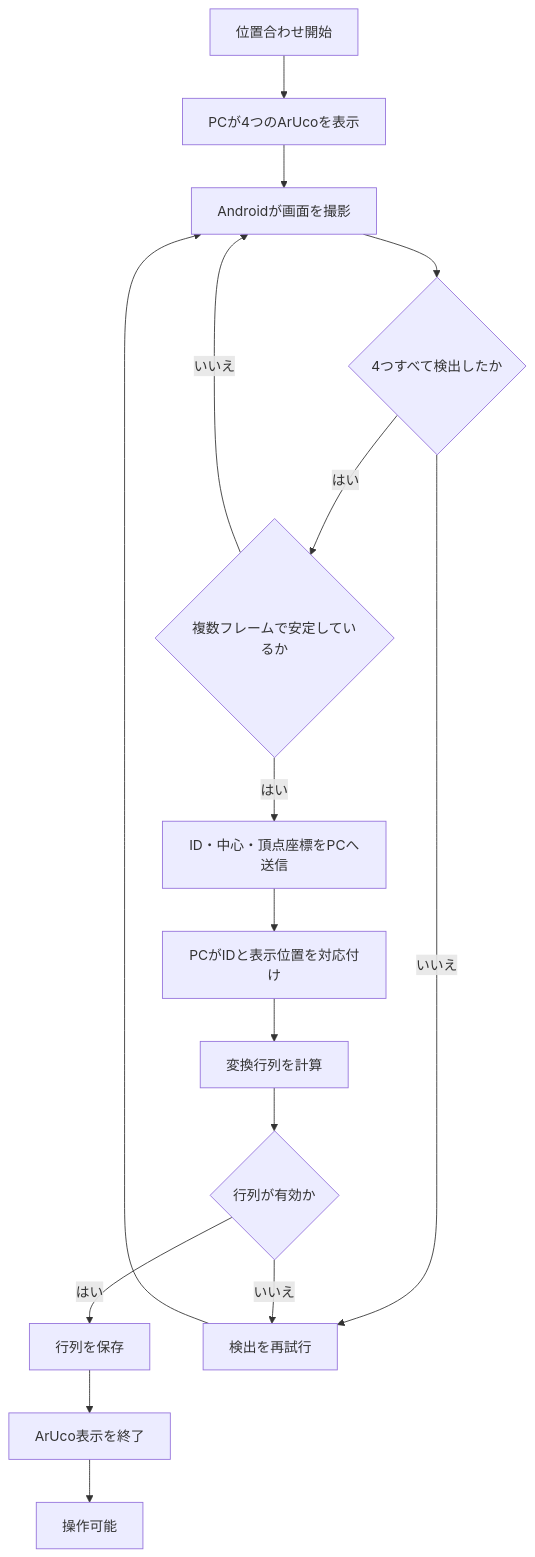
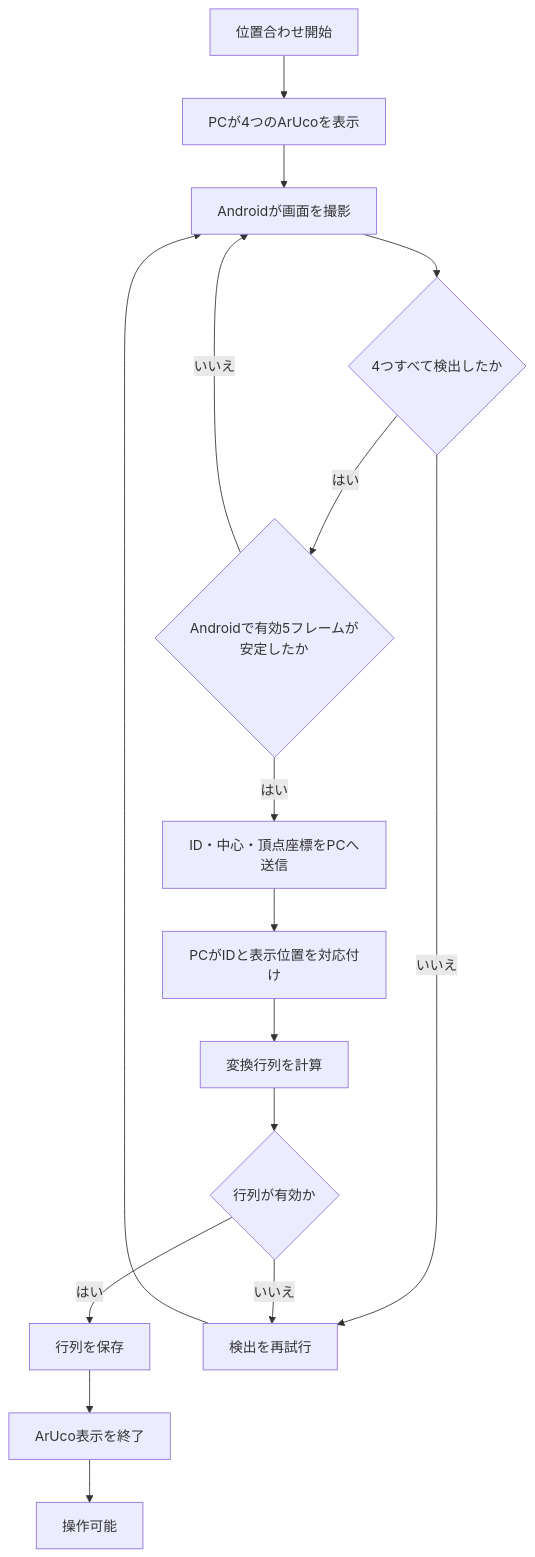
Diagram 12 of 26 in docs/desktop-app-requirements.md (KIT-DevelopersHub/screact), drawn with Mermaid before and after one commit. The commit also changed other lines of this file and 7 other files, not shown here.

````diff
--- a/docs/desktop-app-requirements.md
+++ b/docs/desktop-app-requirements.md
@@ -562,23 +562,23 @@
 ```mermaid
 flowchart TD
     Start[位置合わせ開始]
     Show[PCが4つのArUcoを表示]
     Capture[Androidが画面を撮影]
     Detect{4つすべて検出したか}
-    Stable{複数フレームで安定しているか}
+    Stable{Androidで有効5フレームが安定したか}
     Send[ID・中心・頂点座標をPCへ送信]
     Match[PCがIDと表示位置を対応付け]
     Calculate[変換行列を計算]
     Valid{行列が有効か}
     Save[行列を保存]
     Hide[ArUco表示を終了]
     Ready[操作可能]
     Retry[検出を再試行]
     Start --> Show --> Capture --> Detect
     Detect -->|いいえ| Retry --> Capture
     Detect -->|はい| Stable
     Stable -->|いいえ| Capture
     Stable -->|はい| Send --> Match --> Calculate --> Valid
     Valid -->|いいえ| Retry
     Valid -->|はい| Save --> Hide --> Ready
 ```
````
